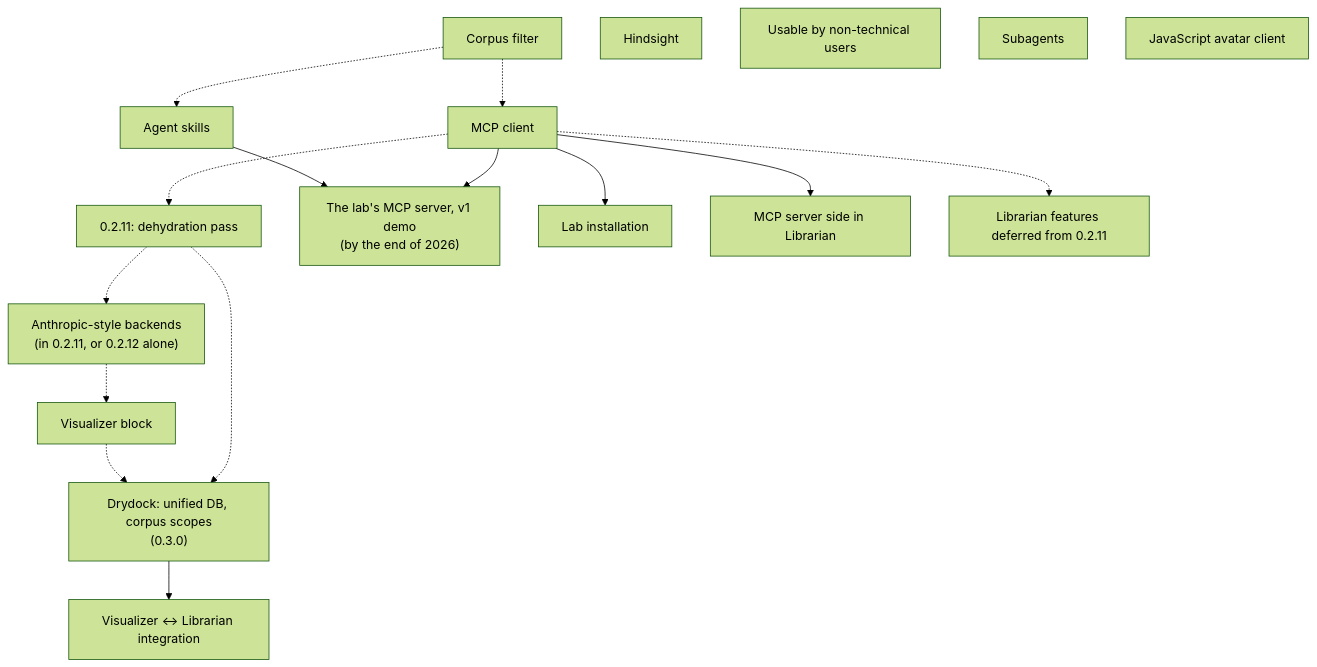
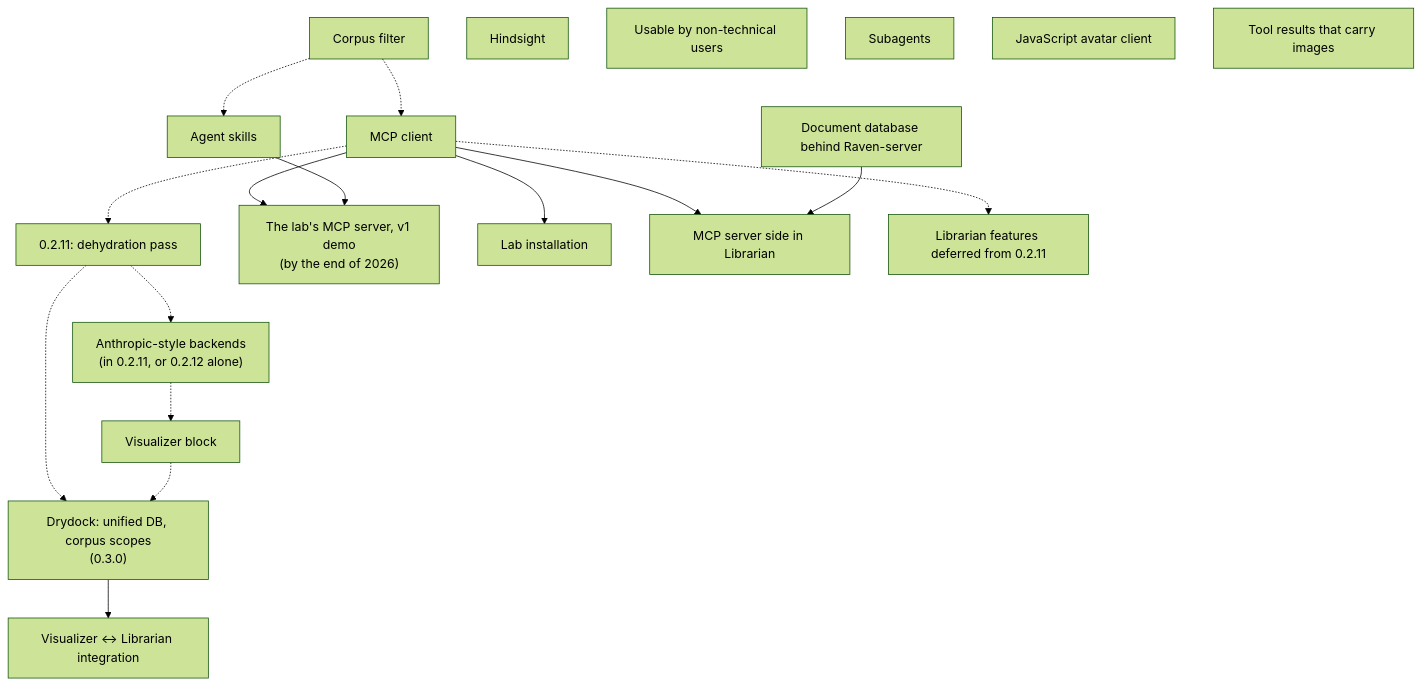
One commit to Technologicat/raven changed the diagram in briefs/roadmap.md. Above: the diagram before and after it, drawn with Mermaid (forest theme). The commit also changed other lines of this file, not shown here.

First line of the commit message:
Roadmap: the engine-first weighting, and the near-term set of 2026-11-26

````diff
--- a/briefs/roadmap.md
+++ b/briefs/roadmap.md
@@ -13,33 +13,36 @@
 ```mermaid
 flowchart TD
     CF["Corpus filter"]
     MCP["MCP client"]
     SKL["Agent skills"]
     T11["0.2.11: dehydration pass"]
     ANT["Anthropic-style backends<br/>(in 0.2.11, or 0.2.12 alone)"]
     VIS["Visualizer block"]
     LABMCP["The lab's MCP server, v1 demo<br/>(by the end of 2026)"]
     LABINST["Lab installation"]
     HS["Hindsight"]
     DD["Drydock: unified DB, corpus scopes<br/>(0.3.0)"]
     INTEG["Visualizer ↔ Librarian integration"]
     USE["Usable by non-technical users"]
     SUB["Subagents"]
     MCPS["MCP server side in Librarian"]
     LIBF["Librarian features deferred from 0.2.11"]
     JSAV["JavaScript avatar client"]
+    DBSRV["Document database behind Raven-server"]
+    IMGTOOL["Tool results that carry images"]
 
     CF -.-> MCP
     CF -.-> SKL
     MCP --> LABMCP
     SKL --> LABMCP
     MCP --> LABINST
     MCP -.-> T11
     T11 -.-> ANT
     ANT -.-> VIS
     T11 -.-> DD
     VIS -.-> DD
     DD --> INTEG
     MCP --> MCPS
     MCP -.-> LIBF
+    DBSRV --> MCPS
 ```
````
